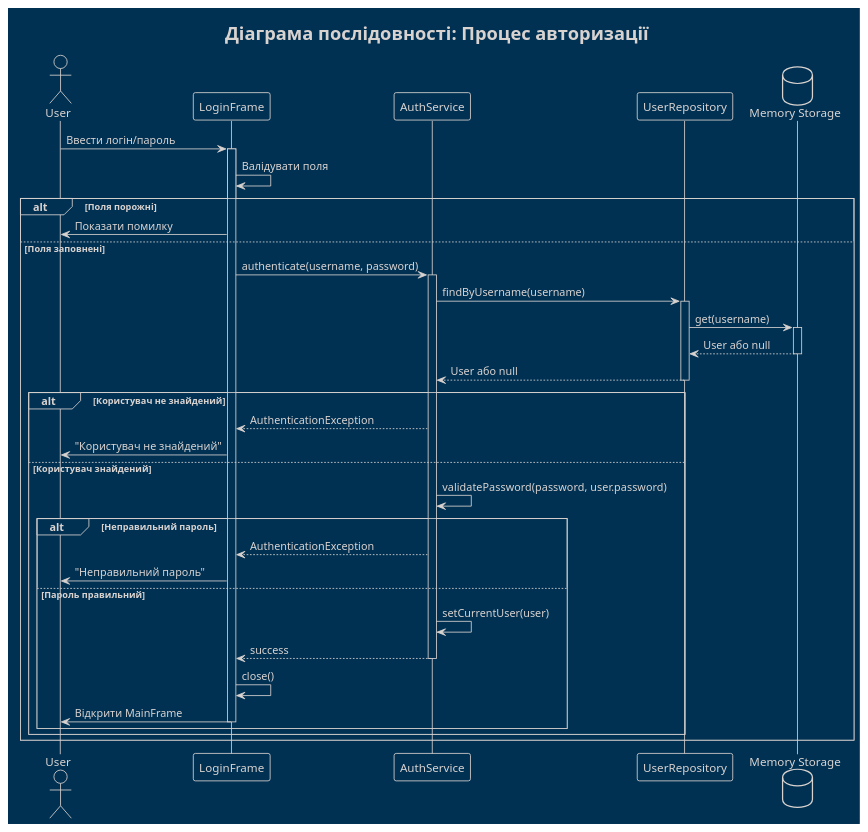
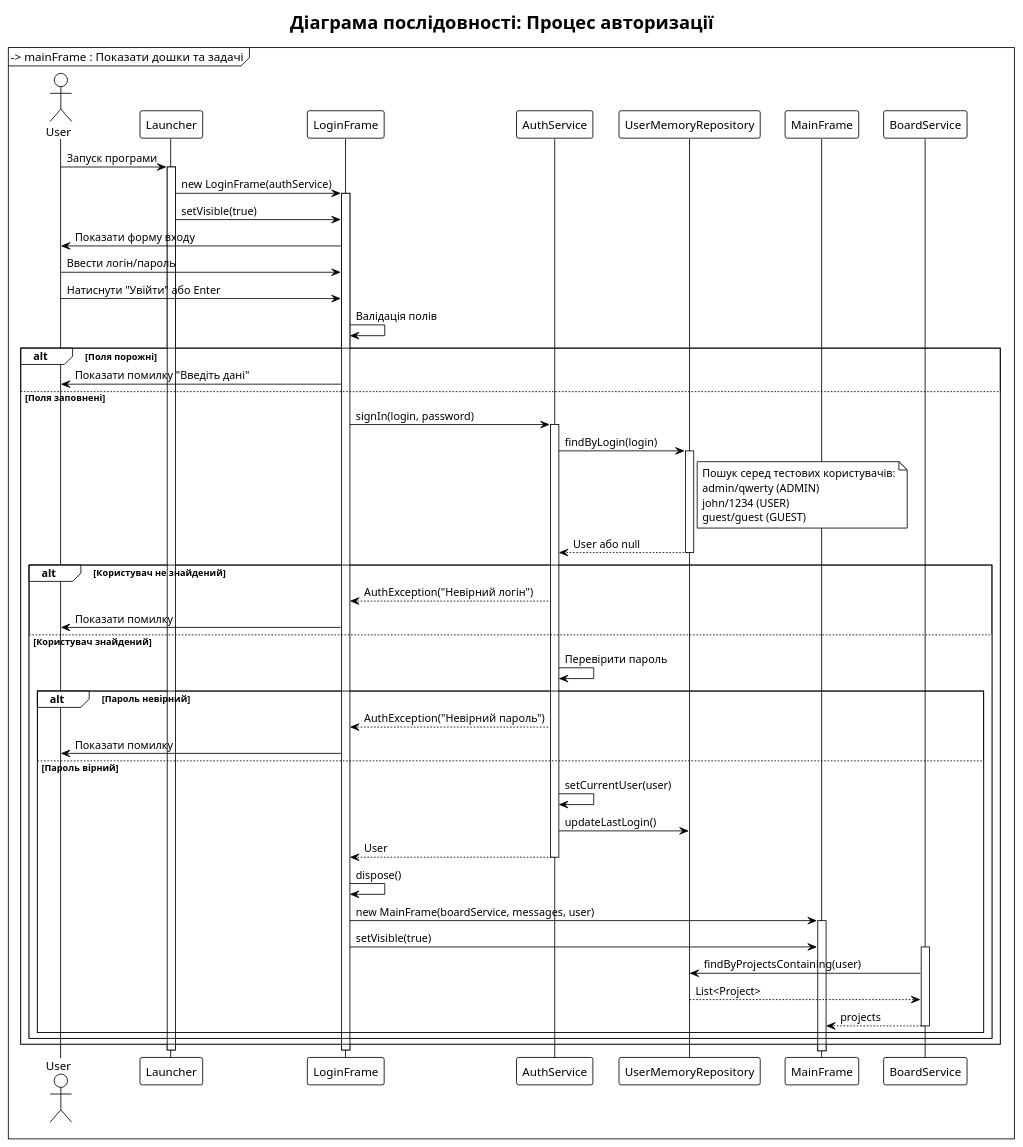
Before and after one commit to trubchinin/jira-light: the diagram in UML/sequence_login.puml, drawn with PlantUML. The commit also changed 11 other files, not shown here.

First line of the commit message:
Виправлено UML діаграми відповідно до фактичної структури проекту

```diff
--- a/UML/sequence_login.puml
+++ b/UML/sequence_login.puml
@@ -1,53 +1,82 @@
 @startuml sequence_login
-!theme blueprint
+!theme plain
+skinparam backgroundColor white
+skinparam defaultFontName Arial
 
 title Діаграма послідовності: Процес авторизації
 
 actor User as user
-participant "LoginFrame" as login
-participant "AuthService" as auth
-participant "UserRepository" as repo
-database "Memory Storage" as storage
+participant "Launcher" as launcher
+participant "LoginFrame" as loginFrame
+participant "AuthService" as authService
+participant "UserMemoryRepository" as userRepo
+participant "MainFrame" as mainFrame
+participant "BoardService" as boardService
 
-user -> login : Ввести логін/пароль
-activate login
+user -> launcher : Запуск програми
+activate launcher
 
-login -> login : Валідувати поля
+launcher -> loginFrame : new LoginFrame(authService)
+activate loginFrame
+
+launcher -> loginFrame : setVisible(true)
+loginFrame -> user : Показати форму входу
+
+user -> loginFrame : Ввести логін/пароль
+user -> loginFrame : Натиснути "Увійти" або Enter
+
+loginFrame -> loginFrame : Валідація полів
 alt Поля порожні
-    login -> user : Показати помилку
+    loginFrame -> user : Показати помилку "Введіть дані"
 else Поля заповнені
-    login -> auth : authenticate(username, password)
-    activate auth
+    loginFrame -> authService : signIn(login, password)
+    activate authService
     
-    auth -> repo : findByUsername(username)
-    activate repo
+    authService -> userRepo : findByLogin(login)
+    activate userRepo
     
-    repo -> storage : get(username)
-    activate storage
-    storage --> repo : User або null
-    deactivate storage
+    note right of userRepo : Пошук серед тестових користувачів:\nadmin/qwerty (ADMIN)\njohn/1234 (USER)\nguest/guest (GUEST)
     
-    repo --> auth : User або null
-    deactivate repo
+    userRepo --> authService : User або null
+    deactivate userRepo
     
     alt Користувач не знайдений
-        auth --> login : AuthenticationException
-        login -> user : "Користувач не знайдений"
+        authService --> loginFrame : AuthException("Невірний логін")
+        loginFrame -> user : Показати помилку
     else Користувач знайдений
-        auth -> auth : validatePassword(password, user.password)
-        alt Неправильний пароль
-            auth --> login : AuthenticationException
-            login -> user : "Неправильний пароль"
-        else Пароль правильний
-            auth -> auth : setCurrentUser(user)
-            auth --> login : success
-            deactivate auth
+        authService -> authService : Перевірити пароль
+        
+        alt Пароль невірний
+            authService --> loginFrame : AuthException("Невірний пароль")
+            loginFrame -> user : Показати помилку
+        else Пароль вірний
+            authService -> authService : setCurrentUser(user)
+            authService -> userRepo : updateLastLogin()
+            authService --> loginFrame : User
+            deactivate authService
             
-            login -> login : close()
-            login -> user : Відкрити MainFrame
-            deactivate login
+            loginFrame -> loginFrame : dispose()
+            
+            loginFrame -> mainFrame : new MainFrame(boardService, messages, user)
+            activate mainFrame
+            
+            loginFrame -> mainFrame : setVisible(true)
+            mainFrame -> user : Показати головне вікно
+            
+            mainFrame -> boardService : getUserProjects()
+            activate boardService
+            boardService -> userRepo : findByProjectsContaining(user)
+            userRepo --> boardService : List<Project>
+            boardService --> mainFrame : projects
+            deactivate boardService
+            
+            mainFrame -> mainFrame : Ініціалізувати ProjectTreePanel
+            mainFrame -> mainFrame : Показати дошки та задачі
         end
     end
 end
 
+deactivate loginFrame
+deactivate launcher
+
 @enduml 
```
